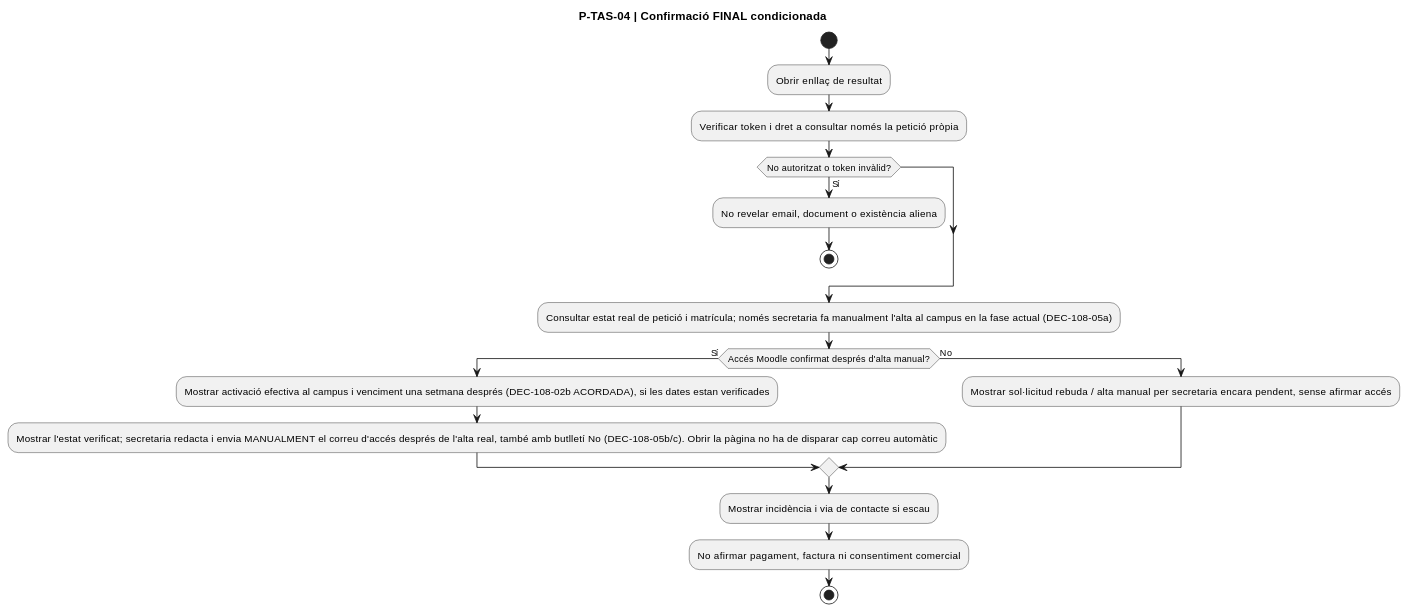
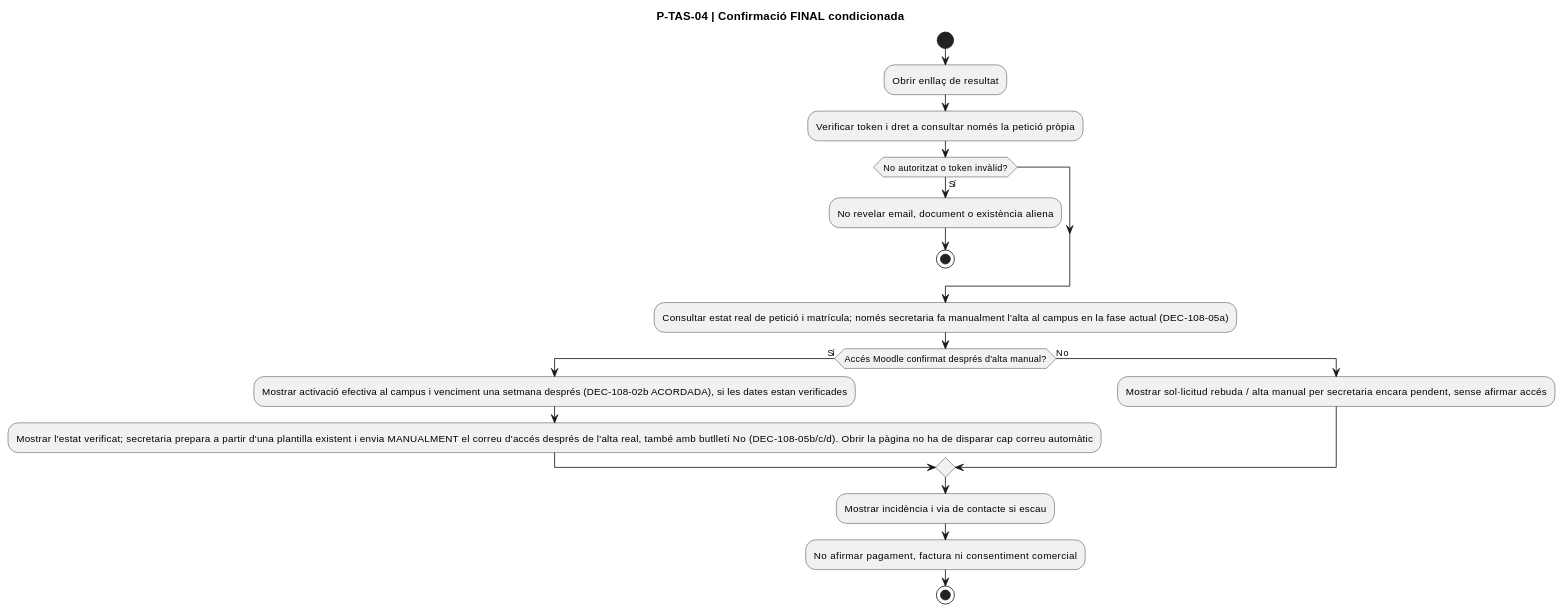
Diagram 28 of 32 in documentacio/07-uml-integrat/uc-108-activitats-pagines-tastets-actual-final.md (orgmeriemprismacat-del/verifactu), drawn with PlantUML before and after one commit. The commit also changed other lines of this file, not shown here.

````diff
--- a/documentacio/07-uml-integrat/uc-108-activitats-pagines-tastets-actual-final.md
+++ b/documentacio/07-uml-integrat/uc-108-activitats-pagines-tastets-actual-final.md
@@ -708,22 +708,22 @@
 ```plantuml
 @startuml
 title P-TAS-04 | Confirmació FINAL condicionada
 start
 :Obrir enllaç de resultat;
 :Verificar token i dret a consultar només la petició pròpia;
 if (No autoritzat o token invàlid?) then (Sí)
   :No revelar email, document o existència aliena;
   stop
 endif
  :Consultar estat real de petició i matrícula; només secretaria fa manualment l'alta al campus en la fase actual (DEC-108-05a);
 if (Accés Moodle confirmat després d'alta manual?) then (Sí)
   :Mostrar activació efectiva al campus i venciment una setmana després (DEC-108-02b ACORDADA), si les dates estan verificades;
-  :Mostrar l'estat verificat; secretaria redacta i envia MANUALMENT el correu d'accés després de l'alta real, també amb butlletí No (DEC-108-05b/c). Obrir la pàgina no ha de disparar cap correu automàtic;
+  :Mostrar l'estat verificat; secretaria prepara a partir d'una plantilla existent i envia MANUALMENT el correu d'accés després de l'alta real, també amb butlletí No (DEC-108-05b/c/d). Obrir la pàgina no ha de disparar cap correu automàtic;
 else (No)
   :Mostrar sol·licitud rebuda / alta manual per secretaria encara pendent, sense afirmar accés;
 endif
 :Mostrar incidència i via de contacte si escau;
 :No afirmar pagament, factura ni consentiment comercial;
 stop
 @enduml
 ```
````
